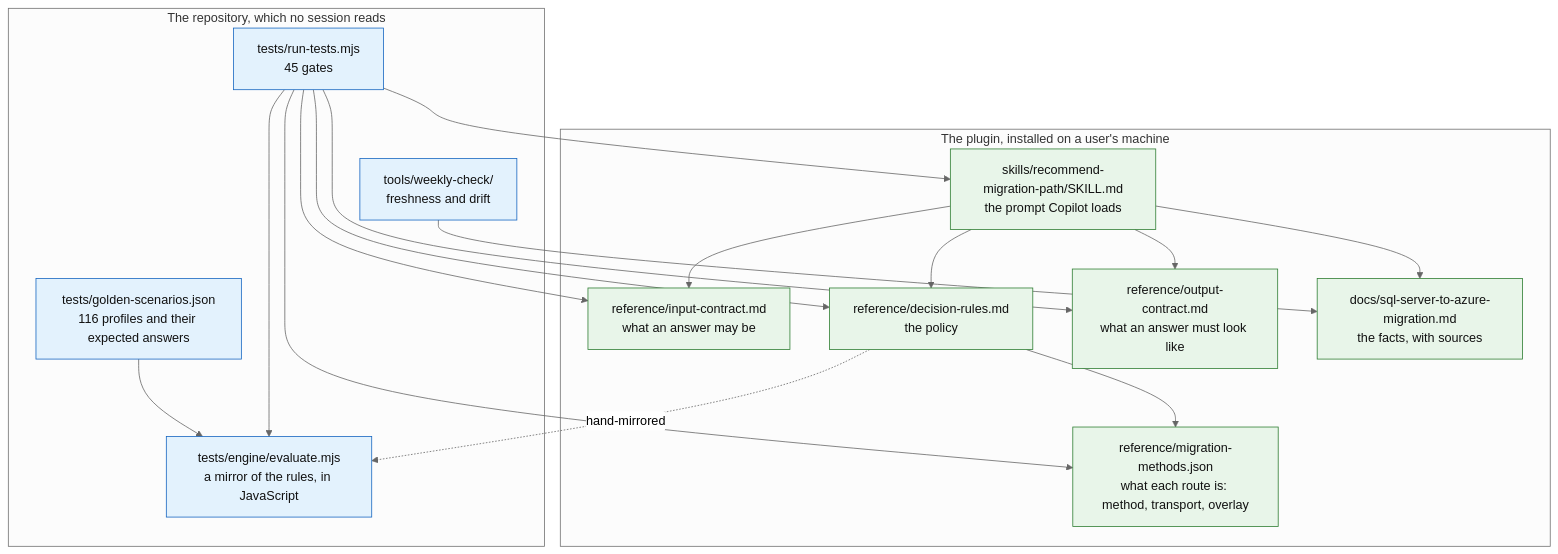
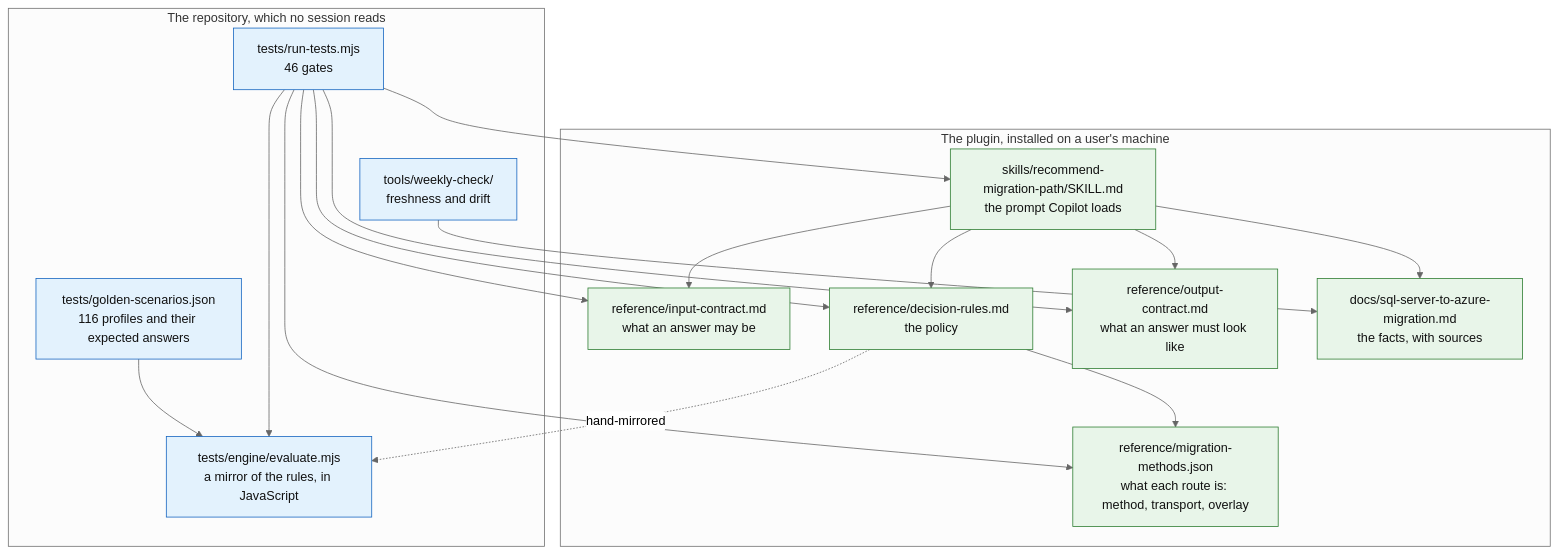
One commit to fredgis/sql-migration-advisor changed the first of 3 diagrams in docs/ARCHITECTURE.md. Above: the diagram before and after it, drawn with Mermaid (neutral theme). The commit also changed other lines of this file and 20 other files, not shown here.

````diff
--- a/docs/ARCHITECTURE.md
+++ b/docs/ARCHITECTURE.md
@@ -28,38 +28,38 @@
 ```mermaid
 flowchart TD
     subgraph plugin["The plugin, installed on a user's machine"]
       SK["skills/recommend-migration-path/SKILL.md<br/>the prompt Copilot loads"]
       IC["reference/input-contract.md<br/>what an answer may be"]
       DR["reference/decision-rules.md<br/>the policy"]
       OC["reference/output-contract.md<br/>what an answer must look like"]
       MM["reference/migration-methods.json<br/>what each route is: method, transport, overlay"]
       KB["docs/sql-server-to-azure-migration.md<br/>the facts, with sources"]
     end
 
     subgraph repo["The repository, which no session reads"]
       EN["tests/engine/evaluate.mjs<br/>a mirror of the rules, in JavaScript"]
       GS["tests/golden-scenarios.json<br/>116 profiles and their expected answers"]
-      GA["tests/run-tests.mjs<br/>45 gates"]
+      GA["tests/run-tests.mjs<br/>46 gates"]
       WK["tools/weekly-check/<br/>freshness and drift"]
     end
 
     SK --> IC
     SK --> DR
     SK --> OC
     SK --> KB
     DR --> MM
     DR -.->|hand-mirrored| EN
     GS --> EN
     GA --> EN
     GA --> SK
     GA --> IC
     GA --> DR
     GA --> OC
     GA --> MM
     WK --> KB
 
     classDef live fill:#e8f5e9,stroke:#2e7d32,color:#111
     classDef test fill:#e3f2fd,stroke:#1565c0,color:#111
     class SK,IC,DR,OC,KB,MM live
     class EN,GS,GA,WK test
 ```
````
